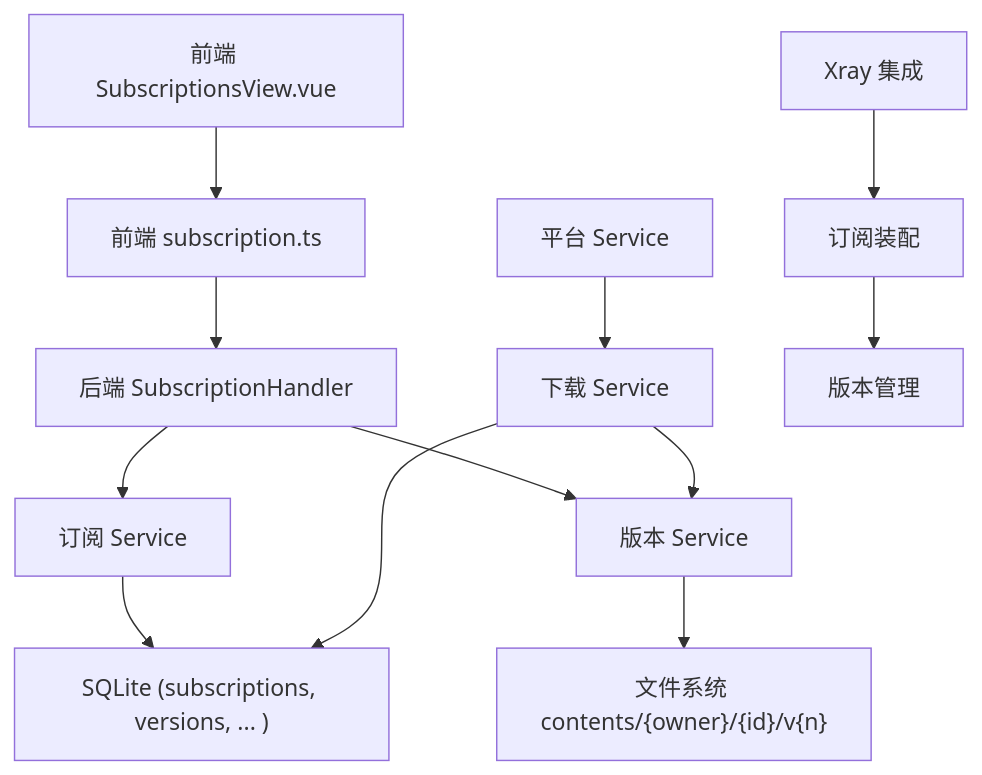
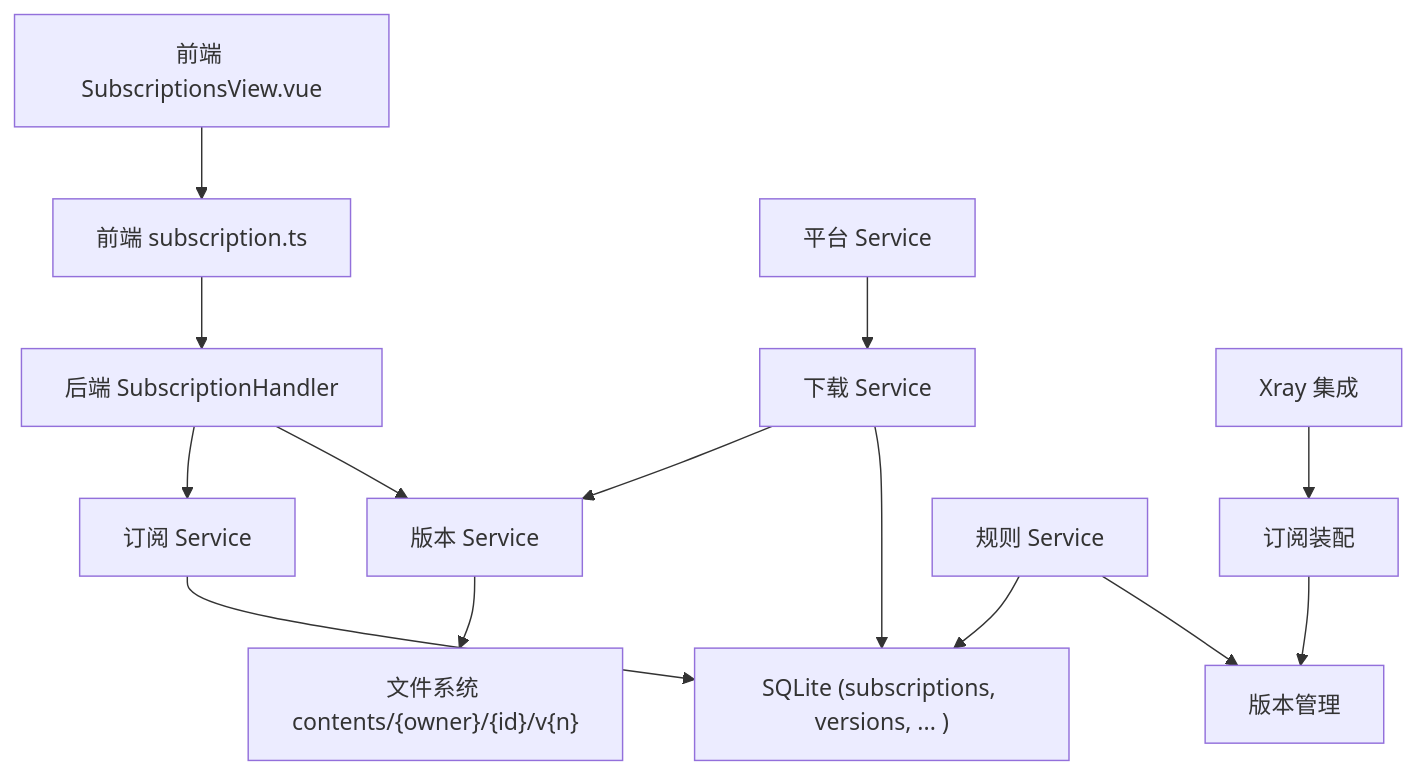
Before and after one commit to AlcaProphet/VPN-Subscription-Management: the first of 10 diagrams in .qoder/repowiki/zh/content/核心功能模块/订阅管理系统.md, drawn with Mermaid. The commit also changed other lines of this file and 20 other files, not shown here.

````diff
--- a/.qoder/repowiki/zh/content/核心功能模块/订阅管理系统.md
+++ b/.qoder/repowiki/zh/content/核心功能模块/订阅管理系统.md
@@ -56,14 +58,16 @@
 ```mermaid
 graph TB
 FE["前端 SubscriptionsView.vue"] --> API["前端 subscription.ts"]
 API --> Srv["后端 SubscriptionHandler"]
 Srv --> SubSvc["订阅 Service"]
 Srv --> VerSvc["版本 Service"]
 SubSvc --> DB["SQLite (subscriptions, versions, ... )"]
 VerSvc --> FS["文件系统 contents/{owner}/{id}/v{n}"]
 DL["下载 Service"] --> VerSvc
 DL --> DB
 PLAT["平台 Service"] --> DL
 XRAY["Xray 集成"] --> SUB["订阅装配"]
 SUB --> VER["版本管理"]
+RULE["规则 Service"] --> DB
+RULE --> VER
 ```
````
